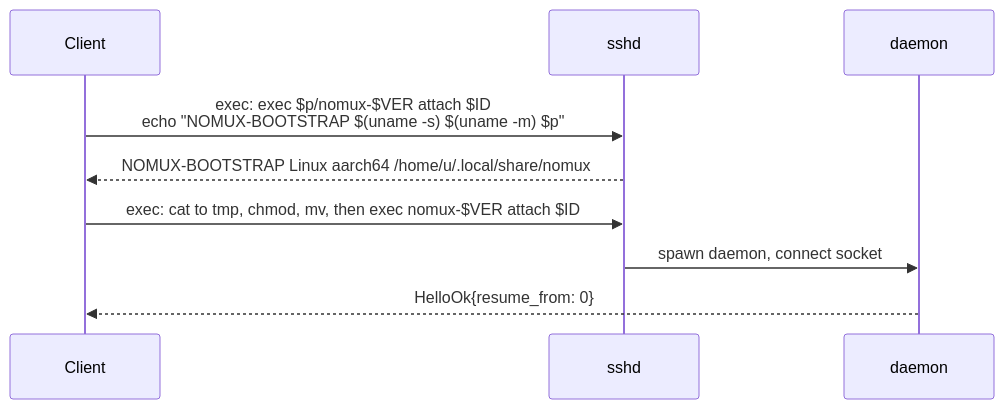
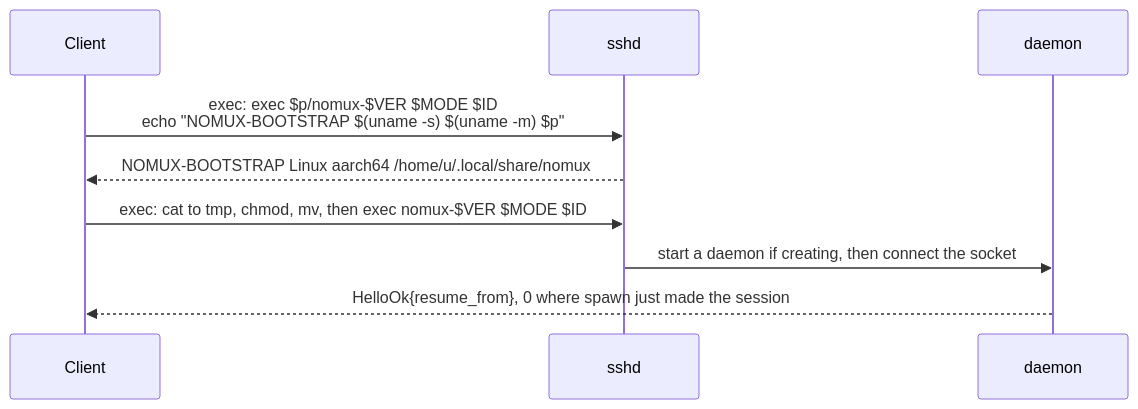
One commit to fornwall/nomux changed the fourth of 4 diagrams in DESIGN.md. Above: the diagram before and after it, drawn with Mermaid. The commit also changed other lines of this file and 38 other files, not shown here.

````diff
--- a/DESIGN.md
+++ b/DESIGN.md
@@ -226,11 +255,11 @@
 ```mermaid
 sequenceDiagram
   participant C as Client
   participant S as sshd
   participant D as daemon
-  C->>S: exec: exec $p/nomux-$VER attach $ID<br/>echo "NOMUX-BOOTSTRAP $(uname -s) $(uname -m) $p"
+  C->>S: exec: exec $p/nomux-$VER $MODE $ID<br/>echo "NOMUX-BOOTSTRAP $(uname -s) $(uname -m) $p"
   S-->>C: NOMUX-BOOTSTRAP Linux aarch64 /home/u/.local/share/nomux
-  C->>S: exec: cat to tmp, chmod, mv, then exec nomux-$VER attach $ID
-  S->>D: spawn daemon, connect socket
-  D-->>C: HelloOk{resume_from: 0}
+  C->>S: exec: cat to tmp, chmod, mv, then exec nomux-$VER $MODE $ID
+  S->>D: start a daemon if creating, then connect the socket
+  D-->>C: HelloOk{resume_from}, 0 where spawn just made the session
 ```
````
